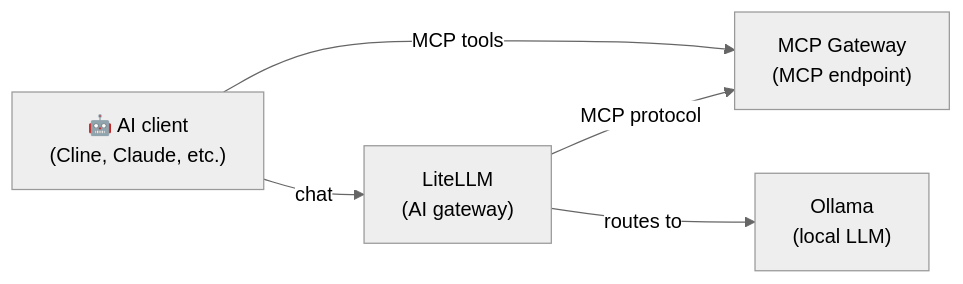
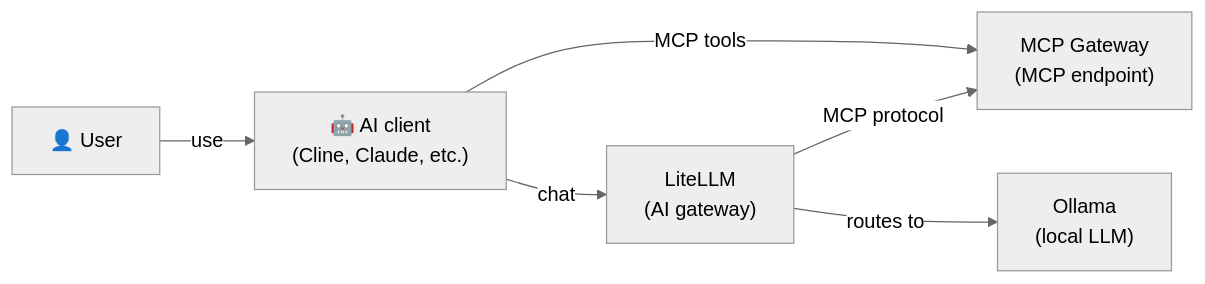
Before and after one commit to hwdsl2/self-hosted-ai-stack: the diagram in stacks/ai-tools/README.md, drawn with Mermaid (neutral theme). The commit also changed 7 other files, not shown here.

````diff
--- a/stacks/ai-tools/README.md
+++ b/stacks/ai-tools/README.md
@@ -13,7 +13,8 @@
 ```mermaid
 graph LR
-    C["🤖 AI client<br/>(Cline, Claude, etc.)"] -->|MCP tools| M["MCP Gateway<br/>(MCP endpoint)"]
+    U["👤 User"] -->|use| C["🤖 AI client<br/>(Cline, Claude, etc.)"]
+    C -->|MCP tools| M["MCP Gateway<br/>(MCP endpoint)"]
     C -->|chat| L["LiteLLM<br/>(AI gateway)"]
     L -->|routes to| O["Ollama<br/>(local LLM)"]
     L -->|MCP protocol| M
 ```
````
